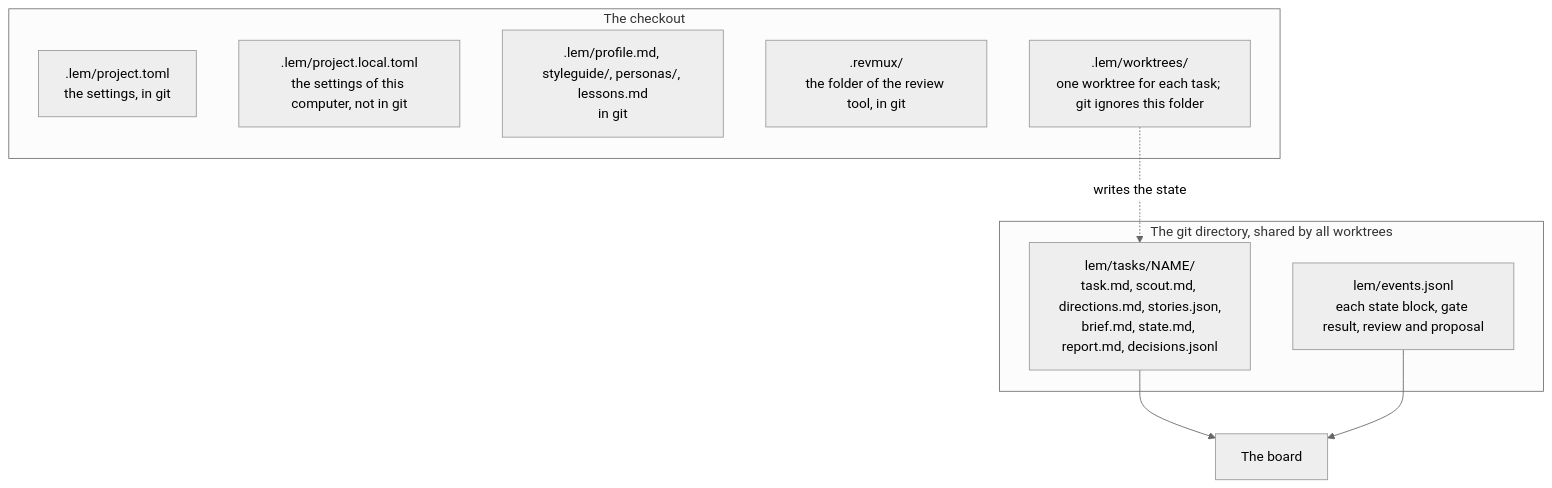
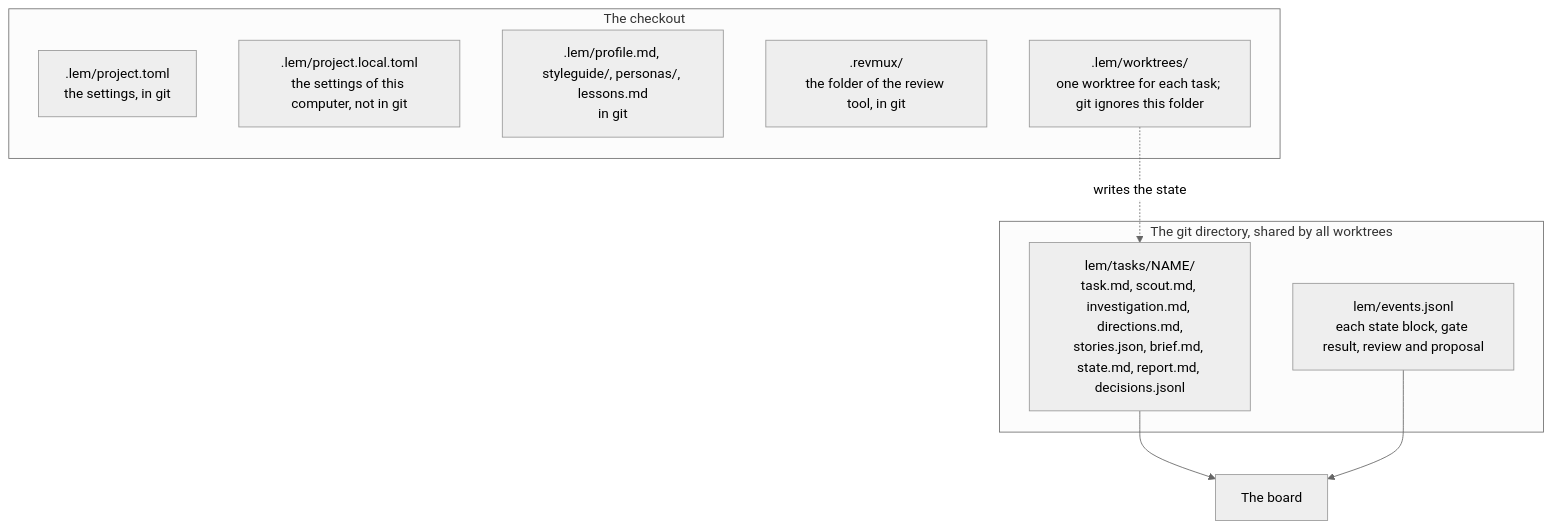
Before and after one commit to pySilver/lem: the fourth of 4 diagrams in README.md, drawn with Mermaid (neutral theme). The commit also changed other lines of this file and 25 other files, not shown here.

````diff
--- a/README.md
+++ b/README.md
@@ -364,17 +446,17 @@
 ```mermaid
 flowchart TD
     subgraph checkout [The checkout]
         toml[.lem/project.toml<br/>the settings, in git]
         local[.lem/project.local.toml<br/>the settings of this computer, not in git]
         profiles[.lem/profile.md, styleguide/, personas/, lessons.md<br/>in git]
         revmux[.revmux/<br/>the folder of the review tool, in git]
         wt[.lem/worktrees/<br/>one worktree for each task; git ignores this folder]
     end
     subgraph gitdir [The git directory, shared by all worktrees]
-        tasks[lem/tasks/NAME/<br/>task.md, scout.md, directions.md, stories.json,<br/>brief.md, state.md, report.md, decisions.jsonl]
+        tasks[lem/tasks/NAME/<br/>task.md, scout.md, investigation.md, directions.md,<br/>stories.json, brief.md, state.md, report.md, decisions.jsonl]
         events[lem/events.jsonl<br/>each state block, gate result, review and proposal]
     end
     wt -. writes the state .-> tasks
     tasks --> board[The board]
     events --> board
 ```
````
